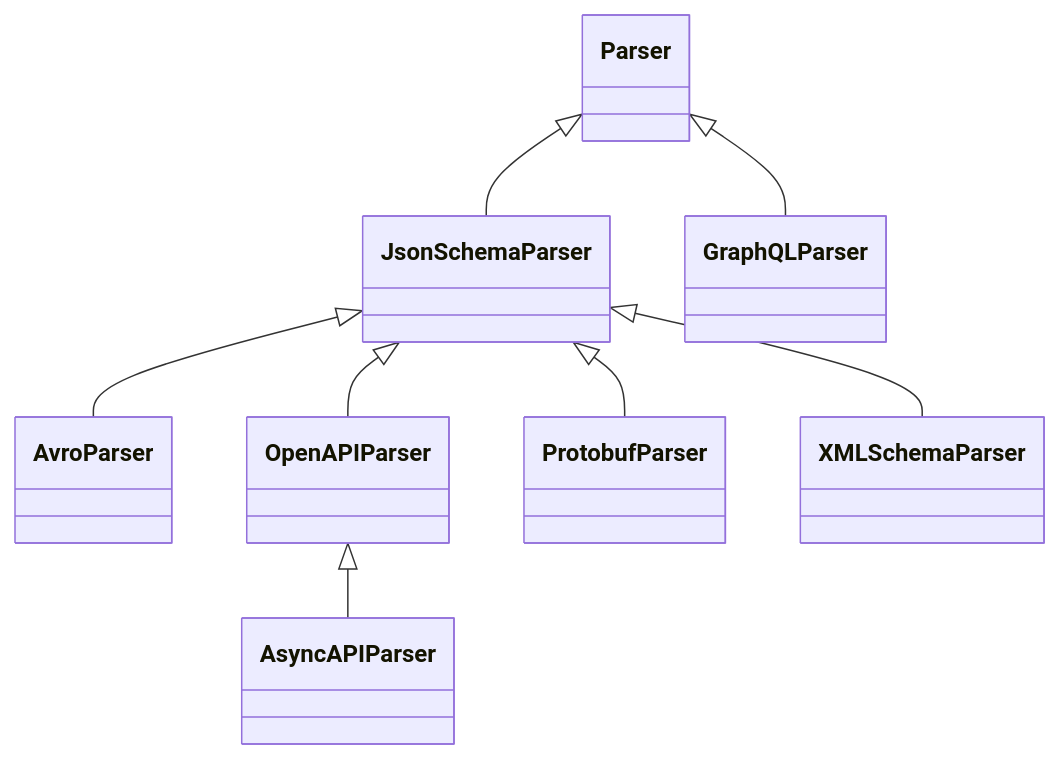
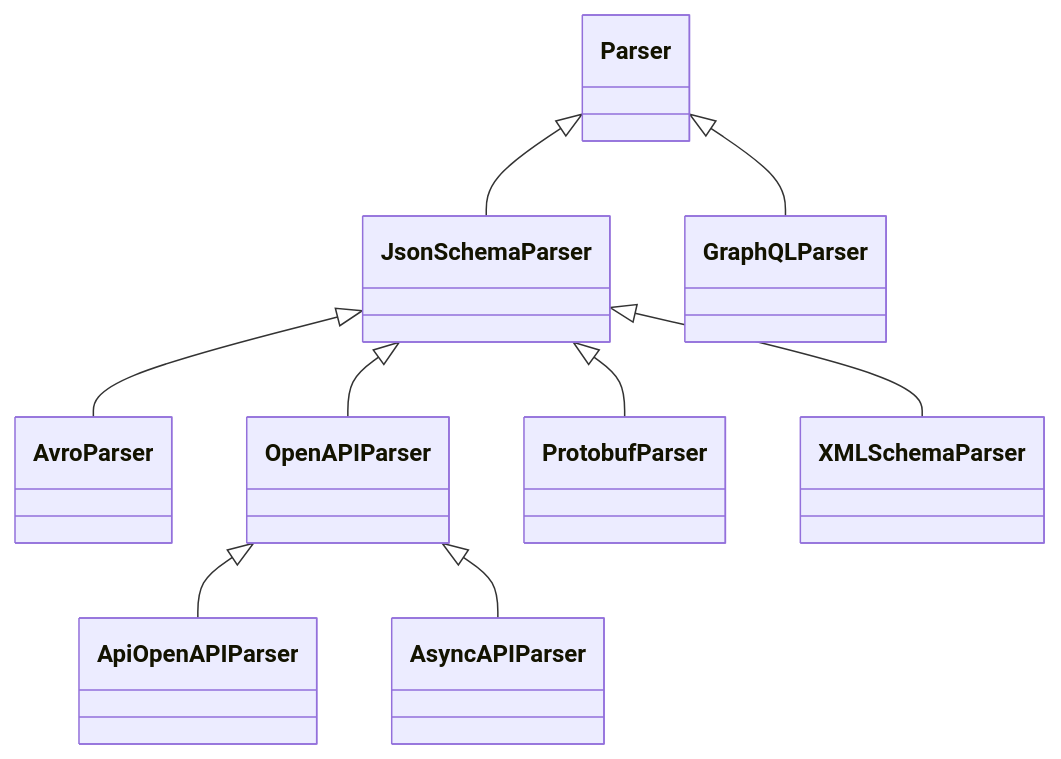
One commit to sthagen/koxudaxi-datamodel-code-generator changed the third of 4 diagrams in docs/architecture.md. Above: the diagram before and after it, drawn with Mermaid. The commit also changed 140 other files, not shown here.

First line of the commit message:
Add explicit OpenAPI API scope (#4104)

````diff
--- a/docs/architecture.md
+++ b/docs/architecture.md
@@ -114,10 +114,11 @@
 ```mermaid
 classDiagram
     JsonSchemaParser <|-- AvroParser
     JsonSchemaParser <|-- OpenAPIParser
     JsonSchemaParser <|-- ProtobufParser
     JsonSchemaParser <|-- XMLSchemaParser
+    OpenAPIParser <|-- ApiOpenAPIParser
     OpenAPIParser <|-- AsyncAPIParser
     Parser <|-- GraphQLParser
     Parser <|-- JsonSchemaParser
 ```
````
